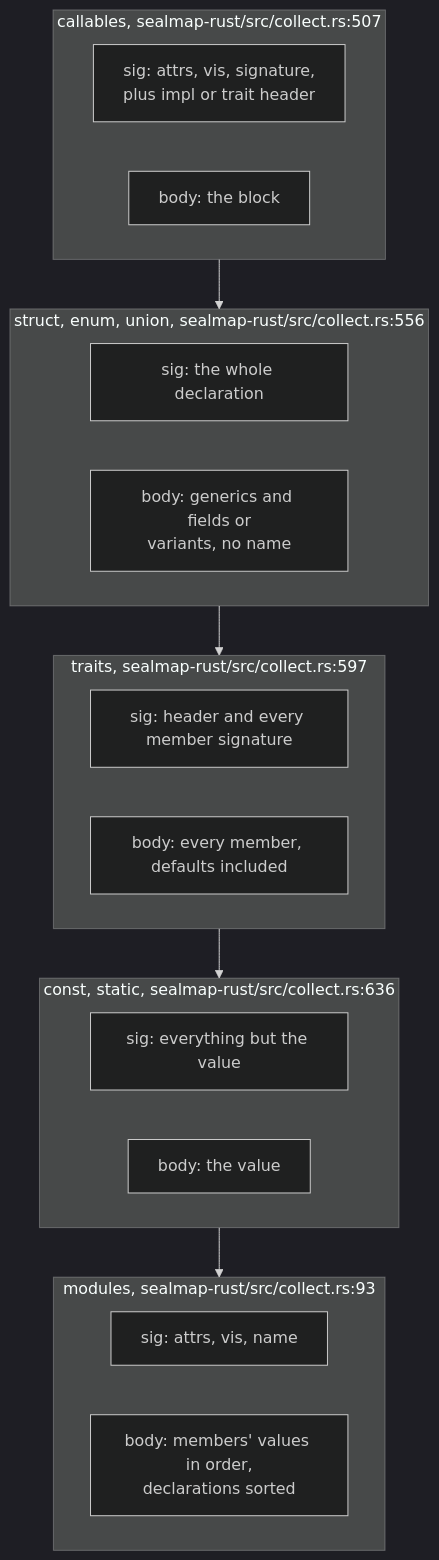
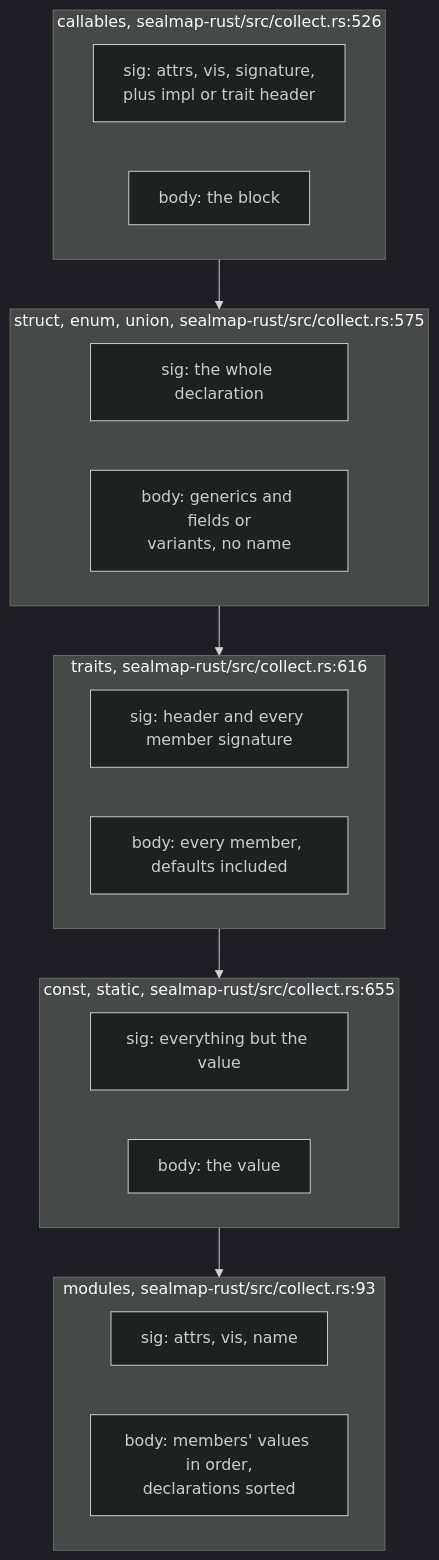
One commit to DreamLab-AI/codemaid changed the third of 6 diagrams in docs/diagrams/extract/06-signature-and-body-fingerprints.md. Above: the diagram before and after it, drawn with Mermaid (dark theme). The commit also changed other lines of this file and 8 other files, not shown here.

First line of the commit message:
docs(diagrams): restamp the extract topics to fec7aff; record the generics fix

````diff
--- a/docs/diagrams/extract/06-signature-and-body-fingerprints.md
+++ b/docs/diagrams/extract/06-signature-and-body-fingerprints.md
@@ -133,24 +133,24 @@
 ```mermaid
 flowchart TB
-    subgraph CALL["callables, sealmap-rust/src/collect.rs:507"]
+    subgraph CALL["callables, sealmap-rust/src/collect.rs:526"]
         CS["sig: attrs, vis, signature,<br/>plus impl or trait header"]
         CB["body: the block"]
     end
-    subgraph DATA["struct, enum, union, sealmap-rust/src/collect.rs:556"]
+    subgraph DATA["struct, enum, union, sealmap-rust/src/collect.rs:575"]
         DS["sig: the whole declaration"]
         DB["body: generics and fields or<br/>variants, no name"]
     end
-    subgraph TRAIT["traits, sealmap-rust/src/collect.rs:597"]
+    subgraph TRAIT["traits, sealmap-rust/src/collect.rs:616"]
         TS["sig: header and every member signature"]
         TB["body: every member, defaults included"]
     end
-    subgraph VALUE["const, static, sealmap-rust/src/collect.rs:636"]
+    subgraph VALUE["const, static, sealmap-rust/src/collect.rs:655"]
         VS["sig: everything but the value"]
         VB["body: the value"]
     end
     subgraph MODULE["modules, sealmap-rust/src/collect.rs:93"]
         MS["sig: attrs, vis, name"]
         MB["body: members' values in order,<br/>declarations sorted"]
     end
     CALL --> DATA --> TRAIT --> VALUE --> MODULE
 ```
````
